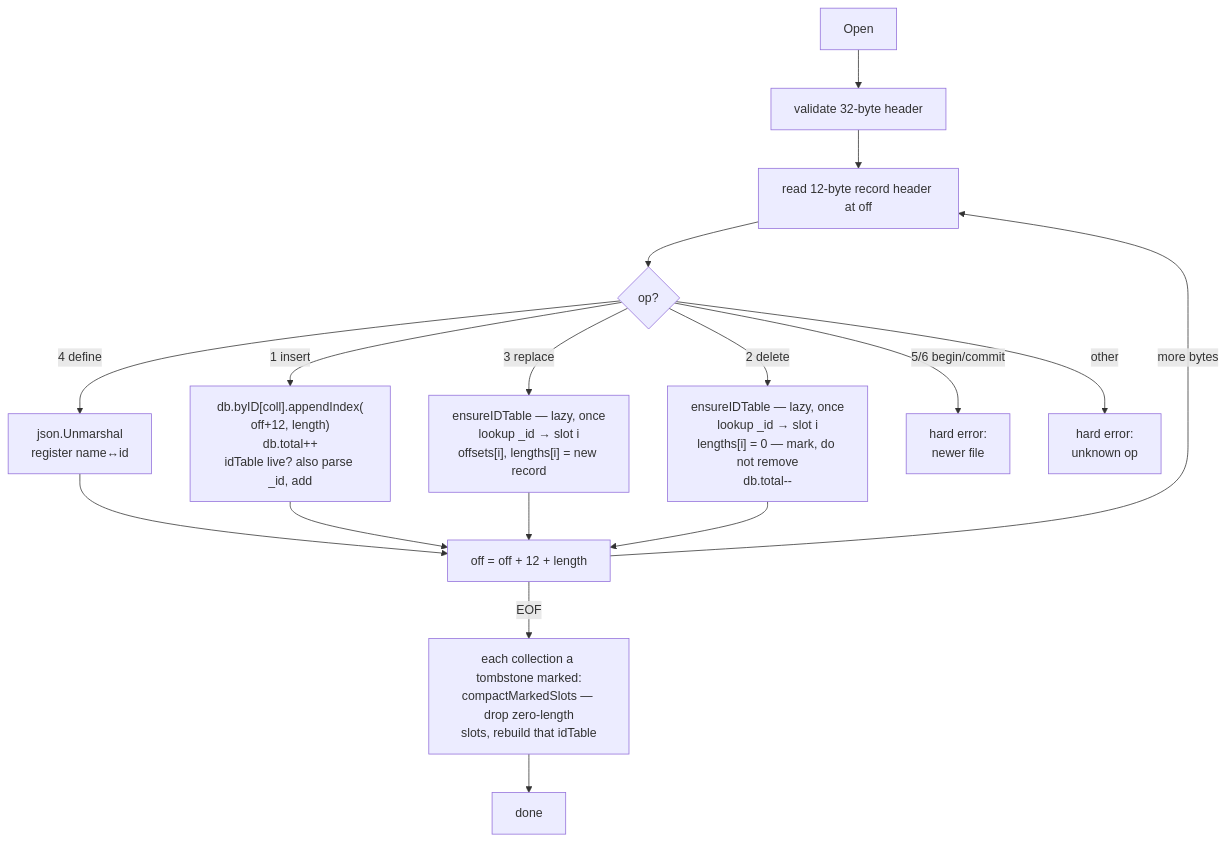
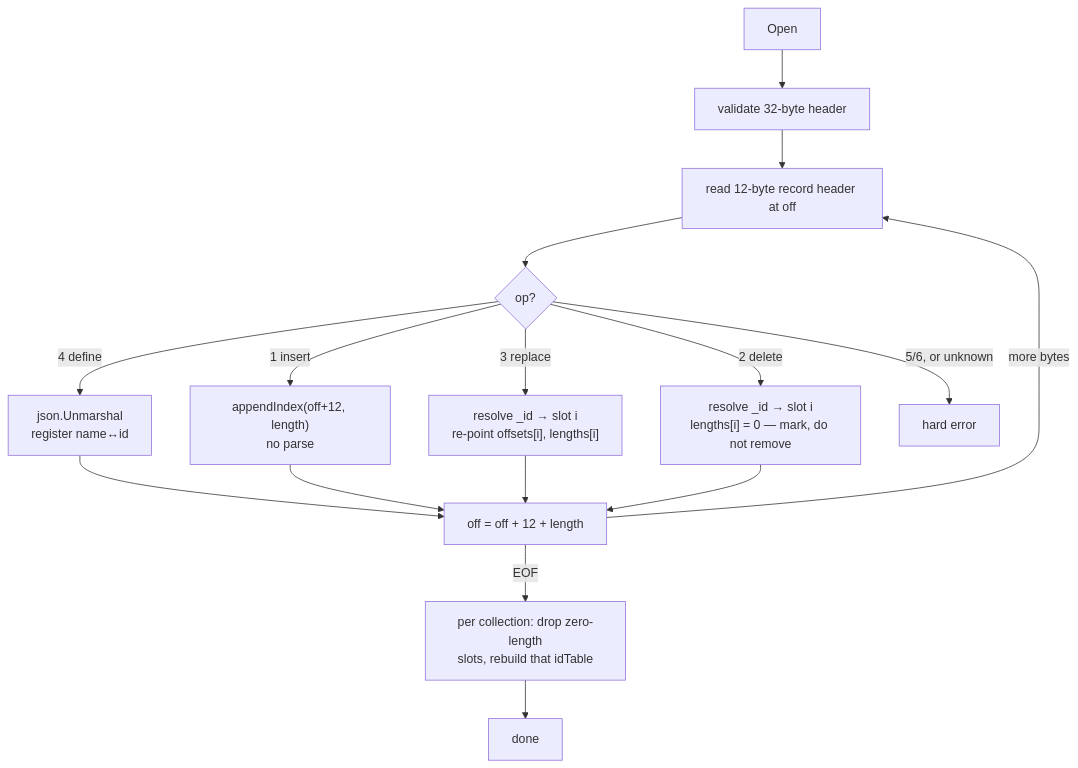
One commit to jkristia/nosqlite changed the diagram in docs/file-format.md. Above: the diagram before and after it, drawn with Mermaid. The commit also changed other lines of this file and 28 other files, not shown here.

````diff
--- a/docs/file-format.md
+++ b/docs/file-format.md
@@ -150,19 +110,18 @@
 ```mermaid
 flowchart TD
     S["Open"] --> V["validate 32-byte header"]
     V --> L["read 12-byte record header at off"]
     L --> C{"op?"}
     C -->|"4 define"| D["json.Unmarshal<br/>register name↔id"]
-    C -->|"1 insert"| I["db.byID[coll].appendIndex(<br/>off+12, length)<br/>db.total++<br/>idTable live? also parse _id, add"]
-    C -->|"3 replace"| R["ensureIDTable — lazy, once<br/>lookup _id → slot i<br/>offsets[i], lengths[i] = new record"]
-    C -->|"2 delete"| X["ensureIDTable — lazy, once<br/>lookup _id → slot i<br/>lengths[i] = 0 — mark, do not remove<br/>db.total--"]
-    C -->|"5/6 begin/commit"| E1["hard error:<br/>newer file"]
-    C -->|"other"| E2["hard error:<br/>unknown op"]
+    C -->|"1 insert"| I["appendIndex(off+12, length)<br/>no parse"]
+    C -->|"3 replace"| R["resolve _id → slot i<br/>re-point offsets[i], lengths[i]"]
+    C -->|"2 delete"| X["resolve _id → slot i<br/>lengths[i] = 0 — mark, do not remove"]
+    C -->|"5/6, or unknown"| E1["hard error"]
     D --> N["off = off + 12 + length"]
     I --> N
     R --> N
     X --> N
     N -->|"more bytes"| L
-    N -->|"EOF"| P["each collection a tombstone marked:<br/>compactMarkedSlots — drop zero-length<br/>slots, rebuild that idTable"]
+    N -->|"EOF"| P["per collection: drop zero-length<br/>slots, rebuild that idTable"]
     P --> Z["done"]
 ```
````
